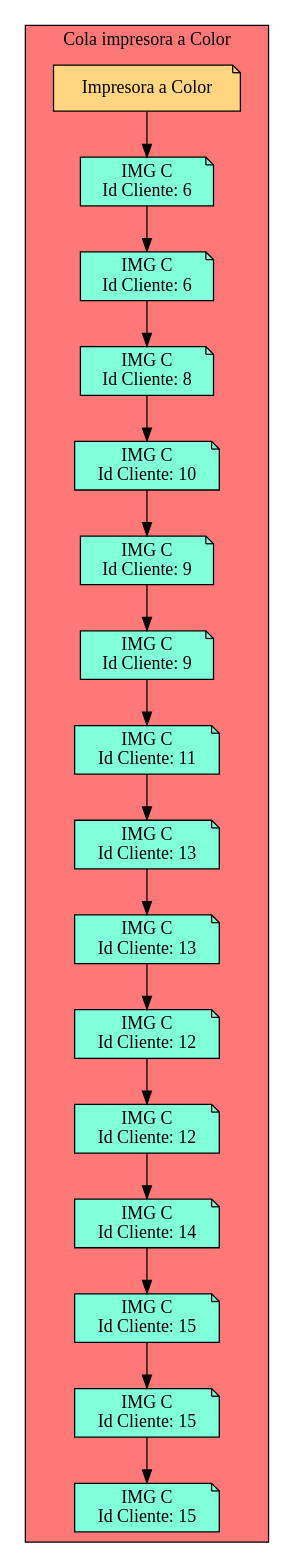
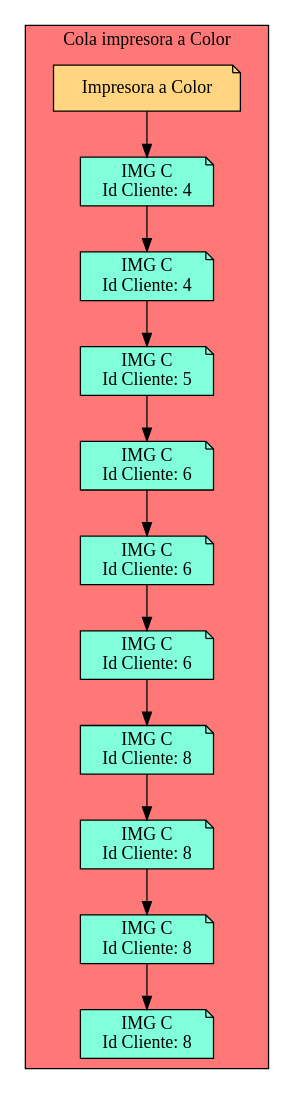
Before and after one commit to Serch-ING/EDD_UDRAWING_202000119: the diagram in Cola_Print_color.dot, drawn with Graphviz. The commit also changed 14 other files, not shown here.

```diff
--- a/Cola_Print_color.dot
+++ b/Cola_Print_color.dot
@@ -1,65 +1,45 @@
 digraph L {
 node[shape=note fillcolor="#A181FF" style =filled]
 subgraph cluster_p{
     label= " Cola impresora a Color "
  raiz[label = "Impresora a Color" fillcolor="#FFD581" ]    bgcolor = "#FF7878"
-Nodo1233990028[label="IMG C 
+Nodo1847008471[label="IMG C 
+Id Cliente: 4",fillcolor="#81FFDA"]
+Nodo1076607567[label="IMG C 
+Id Cliente: 4",fillcolor="#81FFDA"]
+Nodo71399214[label="IMG C 
+Id Cliente: 5",fillcolor="#81FFDA"]
+Nodo854587510[label="IMG C 
 Id Cliente: 6",fillcolor="#81FFDA"]
-Nodo1847008471[label="IMG C 
+Nodo148626113[label="IMG C 
 Id Cliente: 6",fillcolor="#81FFDA"]
-Nodo1932831450[label="IMG C 
+Nodo1847637306[label="IMG C 
+Id Cliente: 6",fillcolor="#81FFDA"]
+Nodo1332668132[label="IMG C 
 Id Cliente: 8",fillcolor="#81FFDA"]
-Nodo1904253191[label="IMG C 
-Id Cliente: 10",fillcolor="#81FFDA"]
-Nodo1021436681[label="IMG C 
-Id Cliente: 9",fillcolor="#81FFDA"]
-Nodo1790585734[label="IMG C 
-Id Cliente: 9",fillcolor="#81FFDA"]
-Nodo842741472[label="IMG C 
-Id Cliente: 11",fillcolor="#81FFDA"]
+Nodo1147580192[label="IMG C 
+Id Cliente: 8",fillcolor="#81FFDA"]
+Nodo173099767[label="IMG C 
+Id Cliente: 8",fillcolor="#81FFDA"]
 Nodo112797691[label="IMG C 
-Id Cliente: 13",fillcolor="#81FFDA"]
-Nodo1045997582[label="IMG C 
-Id Cliente: 13",fillcolor="#81FFDA"]
-Nodo1741979653[label="IMG C 
-Id Cliente: 12",fillcolor="#81FFDA"]
-Nodo166794956[label="IMG C 
-Id Cliente: 12",fillcolor="#81FFDA"]
-Nodo1364913072[label="IMG C 
-Id Cliente: 14",fillcolor="#81FFDA"]
-Nodo1549725679[label="IMG C 
-Id Cliente: 15",fillcolor="#81FFDA"]
-Nodo371800738[label="IMG C 
-Id Cliente: 15",fillcolor="#81FFDA"]
-Nodo1364767791[label="IMG C 
-Id Cliente: 15",fillcolor="#81FFDA"]
+Id Cliente: 8",fillcolor="#81FFDA"]
 
-raiz->Nodo1233990028
-Nodo1233990028 -> Nodo1847008471
+raiz->Nodo1847008471
+Nodo1847008471 -> Nodo1076607567
 
-Nodo1847008471 -> Nodo1932831450
+Nodo1076607567 -> Nodo71399214
 
-Nodo1932831450 -> Nodo1904253191
+Nodo71399214 -> Nodo854587510
 
-Nodo1904253191 -> Nodo1021436681
+Nodo854587510 -> Nodo148626113
 
-Nodo1021436681 -> Nodo1790585734
+Nodo148626113 -> Nodo1847637306
 
-Nodo1790585734 -> Nodo842741472
+Nodo1847637306 -> Nodo1332668132
 
-Nodo842741472 -> Nodo112797691
+Nodo1332668132 -> Nodo1147580192
 
-Nodo112797691 -> Nodo1045997582
+Nodo1147580192 -> Nodo173099767
 
-Nodo1045997582 -> Nodo1741979653
-
-Nodo1741979653 -> Nodo166794956
-
-Nodo166794956 -> Nodo1364913072
-
-Nodo1364913072 -> Nodo1549725679
-
-Nodo1549725679 -> Nodo371800738
-
-Nodo371800738 -> Nodo1364767791
+Nodo173099767 -> Nodo112797691
 }}
```
